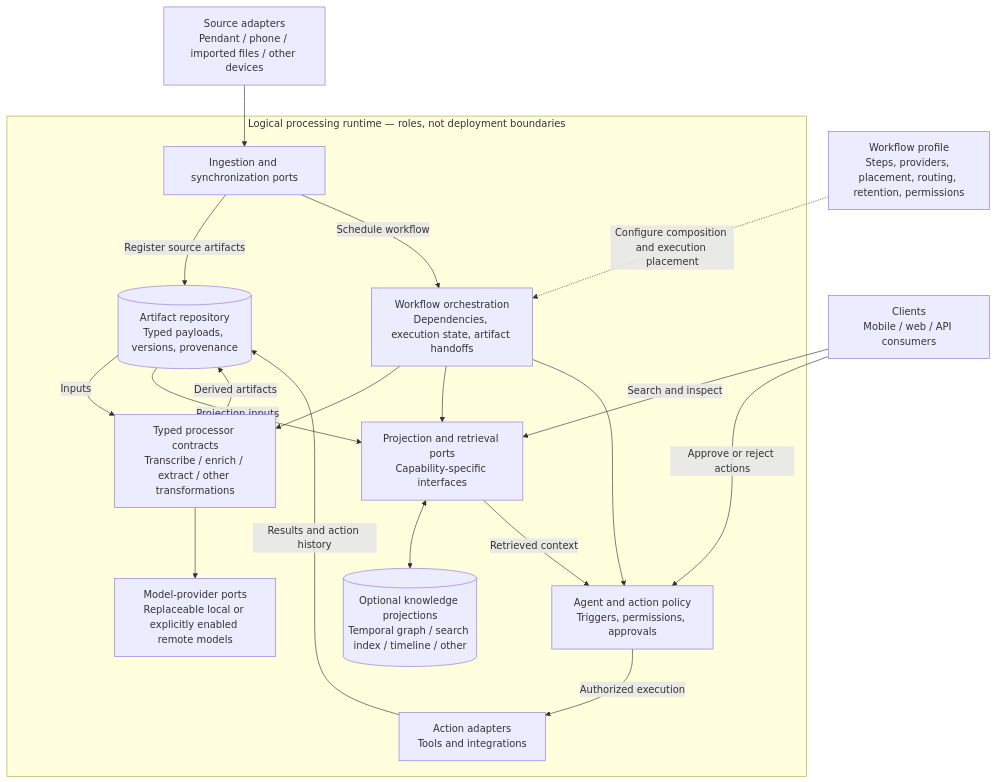
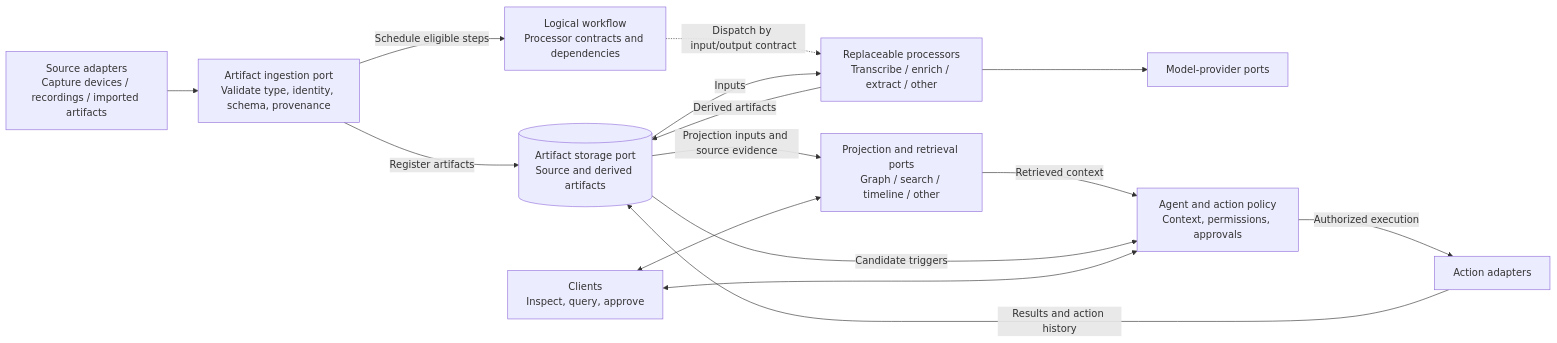
The first of 2 diagrams in README.md (LPSCRYPT/YAP), drawn with Mermaid before and after one commit. The commit also changed other lines of this file, not shown here.

Commit message:
Separate workflow from placement and show phone-side transcription

````diff
--- a/README.md
+++ b/README.md
@@ -11,36 +11,28 @@
 ```mermaid
-flowchart TB
-    Sources["Source adapters<br/>Pendant / phone / imported files / other devices"]
-    Profile["Workflow profile<br/>Steps, providers, placement, routing, retention, permissions"]
-
-    subgraph Runtime["Logical processing runtime — roles, not deployment boundaries"]
-        Ingest["Ingestion and synchronization ports"]
-        Workflow["Workflow orchestration<br/>Dependencies, execution state, artifact handoffs"]
-        Processors["Typed processor contracts<br/>Transcribe / enrich / extract / other transformations"]
-        Models["Model-provider ports<br/>Replaceable local or explicitly enabled remote models"]
-        Artifacts[("Artifact repository<br/>Typed payloads, versions, provenance")]
-        Knowledge["Projection and retrieval ports<br/>Capability-specific interfaces"]
-        Projections[("Optional knowledge projections<br/>Temporal graph / search index / timeline / other")]
-        Policy["Agent and action policy<br/>Triggers, permissions, approvals"]
-        Actions["Action adapters<br/>Tools and integrations"]
-
-        Ingest -->|"Register source artifacts"| Artifacts
-        Ingest -->|"Schedule workflow"| Workflow
-        Workflow --> Processors
-        Processors --> Models
-        Artifacts -->|"Inputs"| Processors
-        Processors -->|"Derived artifacts"| Artifacts
-        Workflow --> Knowledge
-        Artifacts -->|"Projection inputs"| Knowledge
-        Knowledge <--> Projections
-        Workflow --> Policy
-        Knowledge -->|"Retrieved context"| Policy
-        Policy -->|"Authorized execution"| Actions
-        Actions -->|"Results and action history"| Artifacts
-    end
+flowchart LR
+    Sources["Source adapters<br/>Capture devices / recordings / imported artifacts"]
+    Ingest["Artifact ingestion port<br/>Validate type, identity, schema, provenance"]
+    Artifacts[("Artifact storage port<br/>Source and derived artifacts")]
+    Workflow["Logical workflow<br/>Processor contracts and dependencies"]
+    Processors["Replaceable processors<br/>Transcribe / enrich / extract / other"]
+    Models["Model-provider ports"]
+    Projection["Projection and retrieval ports<br/>Graph / search / timeline / other"]
+    Policy["Agent and action policy<br/>Context, permissions, approvals"]
+    Actions["Action adapters"]
+    Clients["Clients<br/>Inspect, query, approve"]
 
     Sources --> Ingest
-    Profile -.->|"Configure composition and execution placement"| Workflow
-    Clients["Clients<br/>Mobile / web / API consumers"] -->|"Search and inspect"| Knowledge
-    Clients -->|"Approve or reject actions"| Policy
+    Ingest -->|"Register artifacts"| Artifacts
+    Ingest -->|"Schedule eligible steps"| Workflow
+    Workflow -.->|"Dispatch by input/output contract"| Processors
+    Artifacts -->|"Inputs"| Processors
+    Processors -->|"Derived artifacts"| Artifacts
+    Processors --> Models
+    Artifacts -->|"Projection inputs and source evidence"| Projection
+    Projection -->|"Retrieved context"| Policy
+    Artifacts -->|"Candidate triggers"| Policy
+    Clients <--> Projection
+    Clients <--> Policy
+    Policy -->|"Authorized execution"| Actions
+    Actions -->|"Results and action history"| Artifacts
 ```
````
